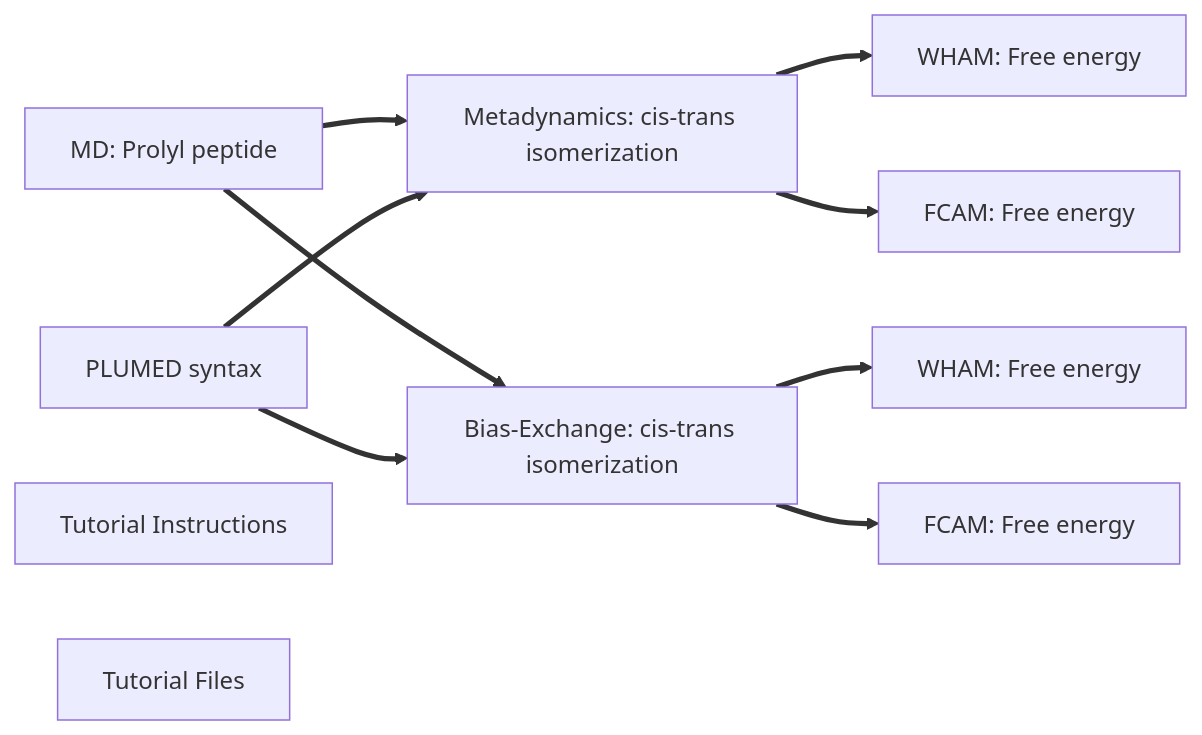
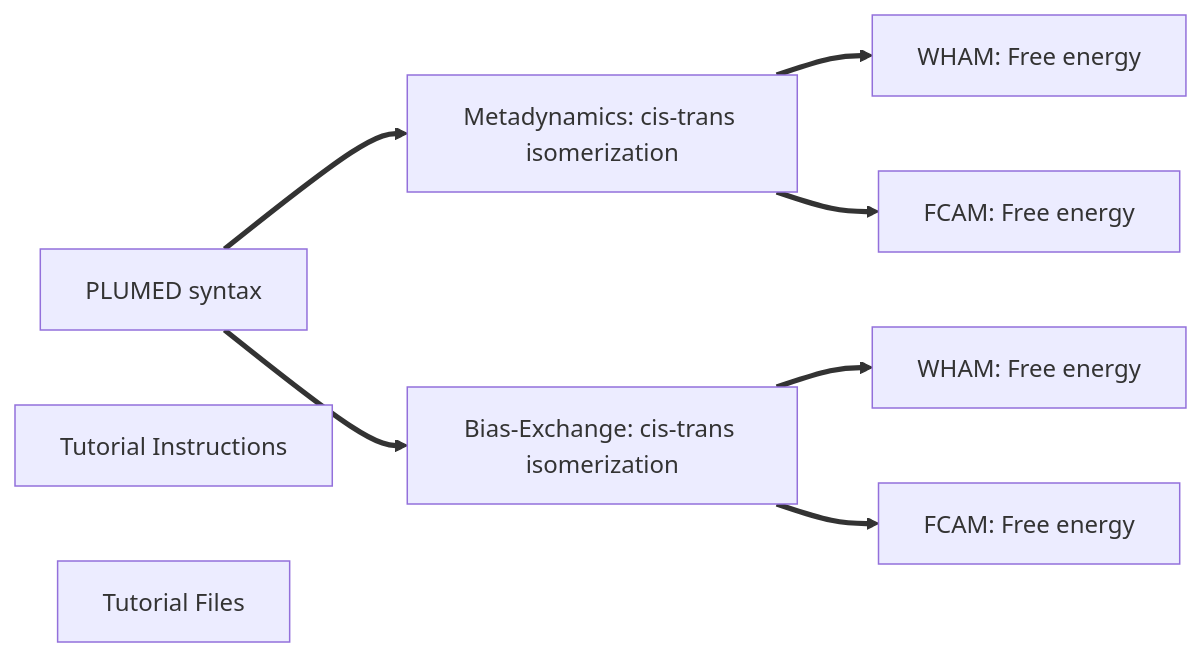
Before and after one commit to fabsugar/plumed-tutorial-be-aapak: the diagram in NAVIGATION.md, drawn with Mermaid.

````diff
--- a/NAVIGATION.md
+++ b/NAVIGATION.md
@@ -1,23 +1,21 @@
 ```mermaid
 flowchart LR
-A[MD: Prolyl peptide] ==> B[Metadynamics: cis-trans isomerization]
-A[MD: Prolyl peptide] ==> C[Bias-Exchange: cis-trans isomerization]
 D[PLUMED syntax] ==> B[Metadynamics: cis-trans isomerization]
 D[PLUMED syntax] ==> C[Bias-Exchange: cis-trans isomerization]
 B[Metadynamics: cis-trans isomerization]==>E[WHAM: Free energy]
 C[Bias-Exchange: cis-trans isomerization]==>F[WHAM: Free energy]
 B[Metadynamics: cis-trans isomerization]==>H[FCAM: Free energy]
 C[Bias-Exchange: cis-trans isomerization]==>I[FCAM: Free energy]
 G[Tutorial Instructions]
 L[Tutorial Files]
 
 click B "README.md" "PLUMED input instructions"
 click C "README.md" "PLUMED input instructions"
 click E "metagui" "metagu3: VMD plugin for cluster and free energy analysis (Giorgino et al. Comp Phys Comm 2017)"
 click F "metagui" "metagu3: VMD plugin for cluster and free energy analysis (Giorgino et al. Comp Phys Comm 2017)"
 click H "fcam" "FCAM: free energy calculation based on mean forces (Marinelli et al. JCTC 2021)"
 click I "fcam" "FCAM: free energy calculation based on mean forces (Marinelli et al. JCTC 2021)"
 click D "basics" "A tutorial on the basic plumed syntax"
 click G "protocol1_md-meta-be.pdf" "Tutorial Instructions"
 click L "files" "Tutorial Files"
 ```
````
